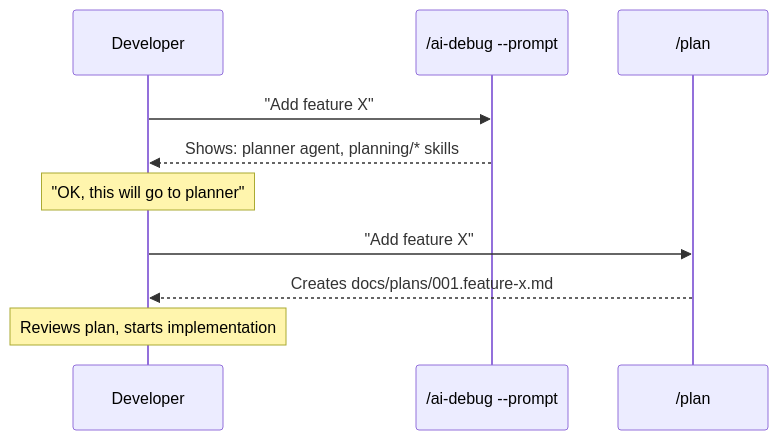
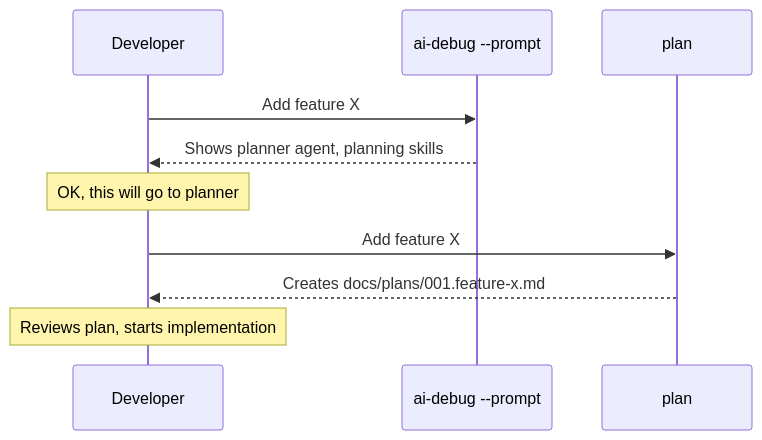
The second of 2 diagrams in docs/how-it-works/plan-vs-ai-debug-prompt.md (ikovinski/Claude), drawn with Mermaid before and after one commit. The commit also changed other lines of this file, not shown here.

Commit message:
fix mermaid, remove quotes

````diff
--- a/docs/how-it-works/plan-vs-ai-debug-prompt.md
+++ b/docs/how-it-works/plan-vs-ai-debug-prompt.md
@@ -144,16 +144,16 @@
 ```mermaid
 sequenceDiagram
     participant Dev as Developer
-    participant Debug as /ai-debug --prompt
-    participant Plan as /plan
+    participant Debug as ai-debug --prompt
+    participant Plan as plan
 
-    Dev->>Debug: "Add feature X"
-    Debug-->>Dev: Shows: planner agent, planning/* skills
+    Dev->>Debug: Add feature X
+    Debug-->>Dev: Shows planner agent, planning skills
 
-    Note over Dev: "OK, this will go to planner"
+    Note over Dev: OK, this will go to planner
 
-    Dev->>Plan: "Add feature X"
+    Dev->>Plan: Add feature X
     Plan-->>Dev: Creates docs/plans/001.feature-x.md
 
     Note over Dev: Reviews plan, starts implementation
 ```
````
